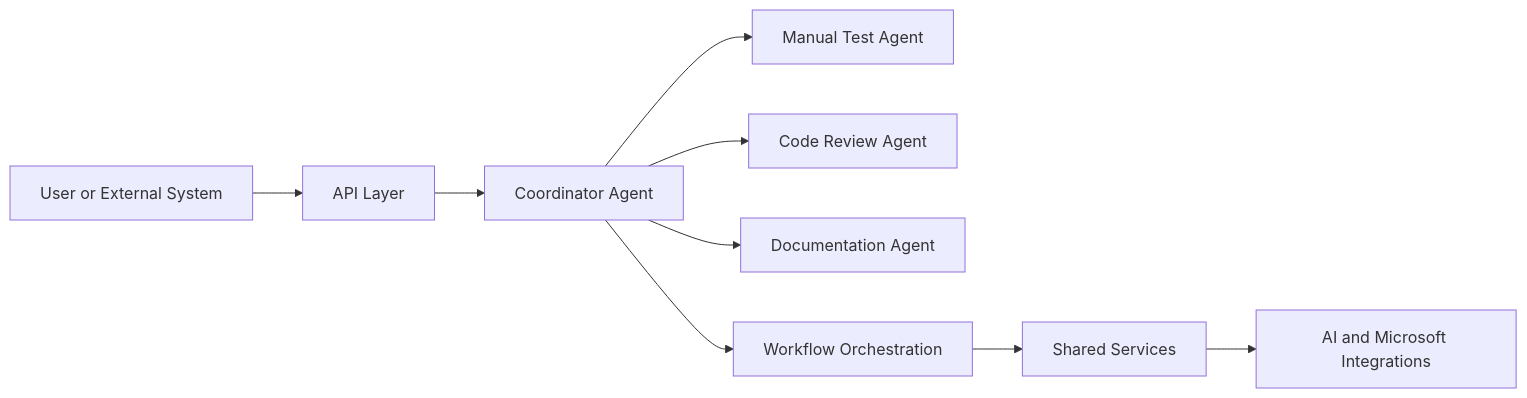
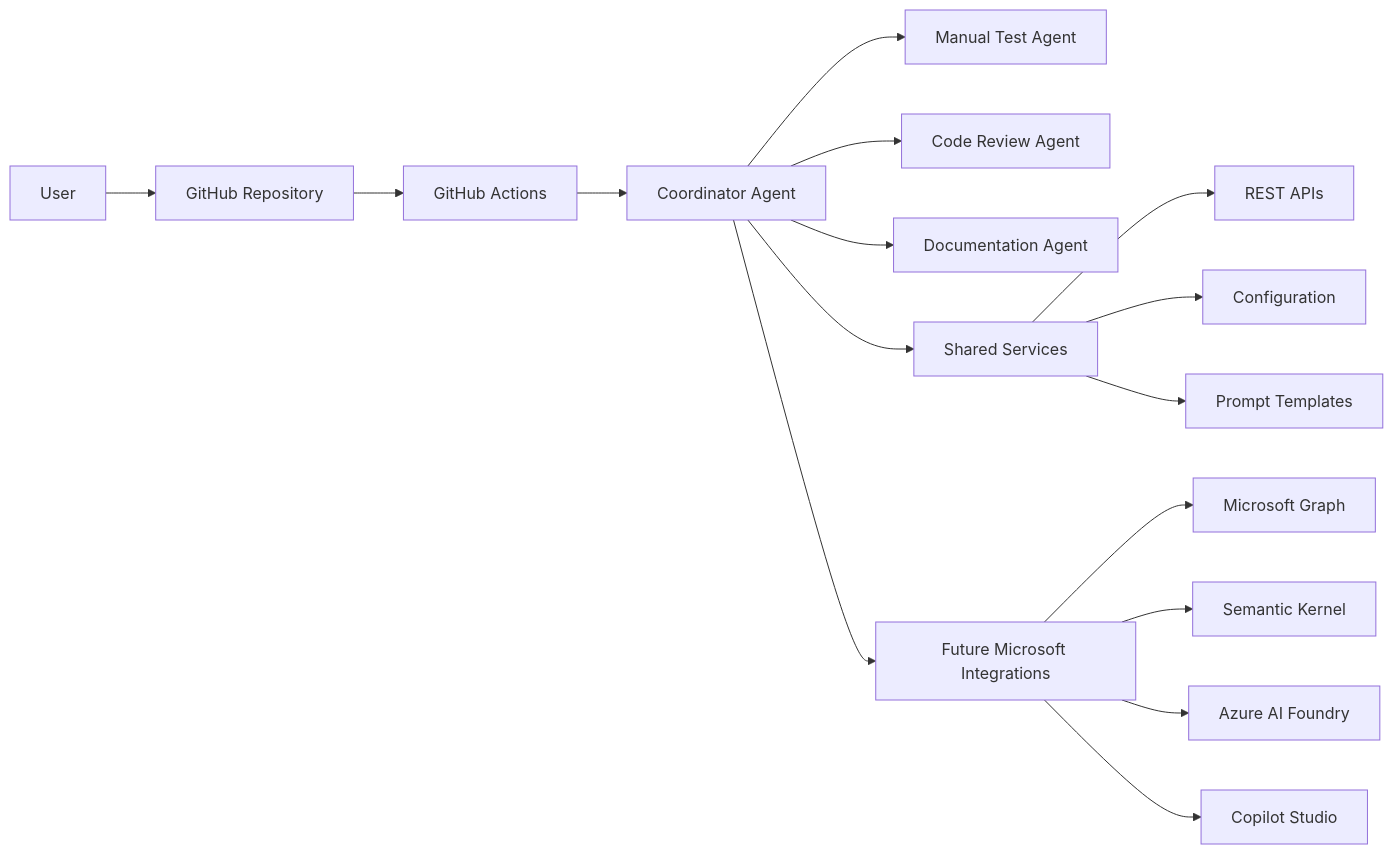
One commit to safiullahdev/ai-agent-automation-platform changed the diagram in docs/diagrams/initial-architecture.md. Above: the diagram before and after it, drawn with Mermaid. The commit also changed other lines of this file and 2 other files, not shown here.

Commit message:
AIAP-13 Create initial architecture diagram

````diff
--- a/docs/diagrams/initial-architecture.md
+++ b/docs/diagrams/initial-architecture.md
@@ -3,11 +3,31 @@
 ```mermaid
 flowchart LR
-    User[User or External System] --> API[API Layer]
-    API --> Coordinator[Coordinator Agent]
+
+    User[User]
+    GitHub[GitHub Repository]
+    CI[GitHub Actions]
+
+    User --> GitHub
+    GitHub --> CI
+
+    CI --> Coordinator
+
+    Coordinator[Coordinator Agent]
+
     Coordinator --> Manual[Manual Test Agent]
     Coordinator --> Review[Code Review Agent]
     Coordinator --> Docs[Documentation Agent]
-    Coordinator --> Workflow[Workflow Orchestration]
-    Workflow --> Shared[Shared Services]
-    Shared --> Providers[AI and Microsoft Integrations]
+
+    Coordinator --> Shared[Shared Services]
+
+    Shared --> API[REST APIs]
+    Shared --> Config[Configuration]
+    Shared --> Prompts[Prompt Templates]
+
+    Coordinator --> Future[Future Microsoft Integrations]
+
+    Future --> Graph[Microsoft Graph]
+    Future --> SK[Semantic Kernel]
+    Future --> Azure[Azure AI Foundry]
+    Future --> Copilot[Copilot Studio]
 ```
````
